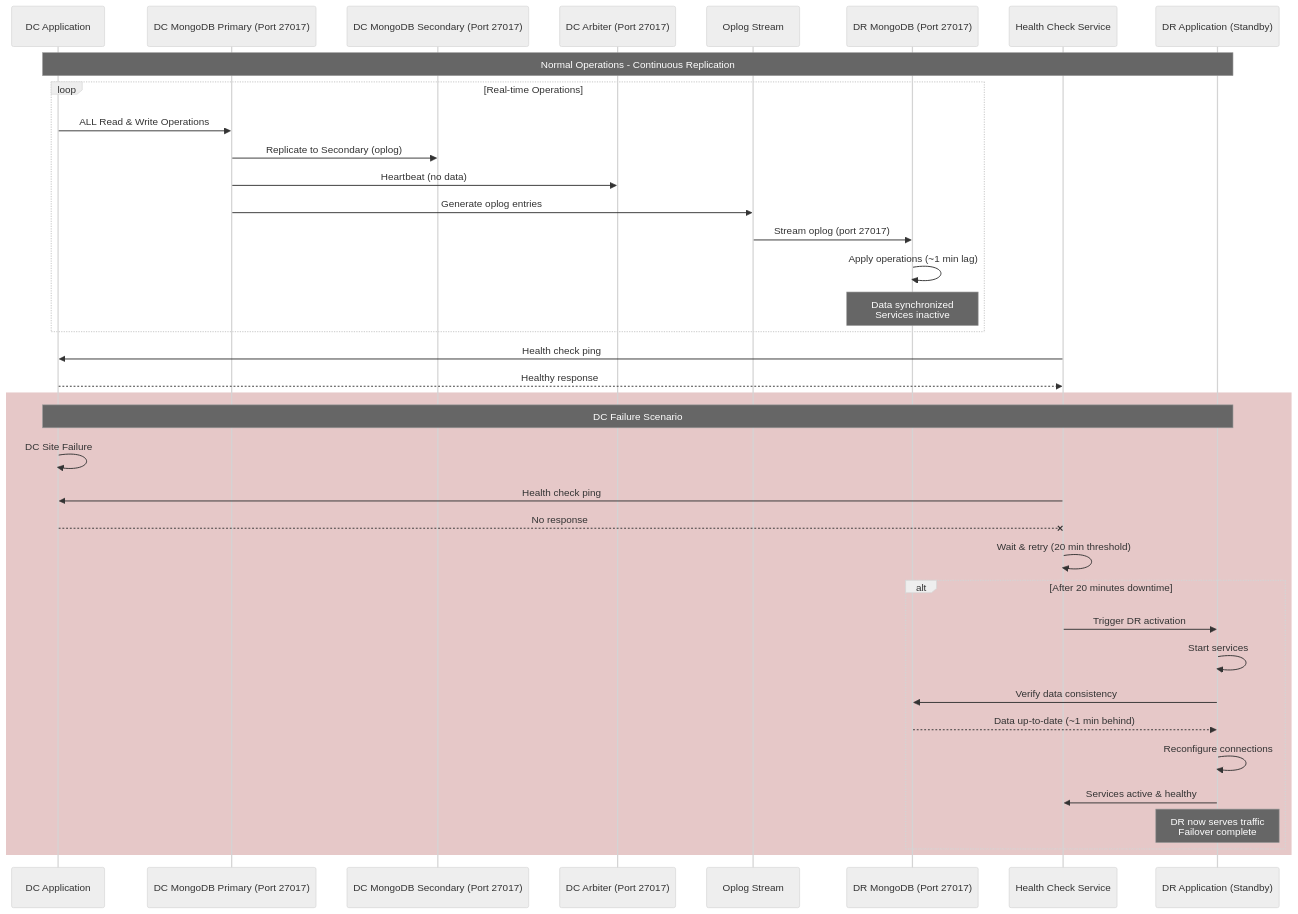
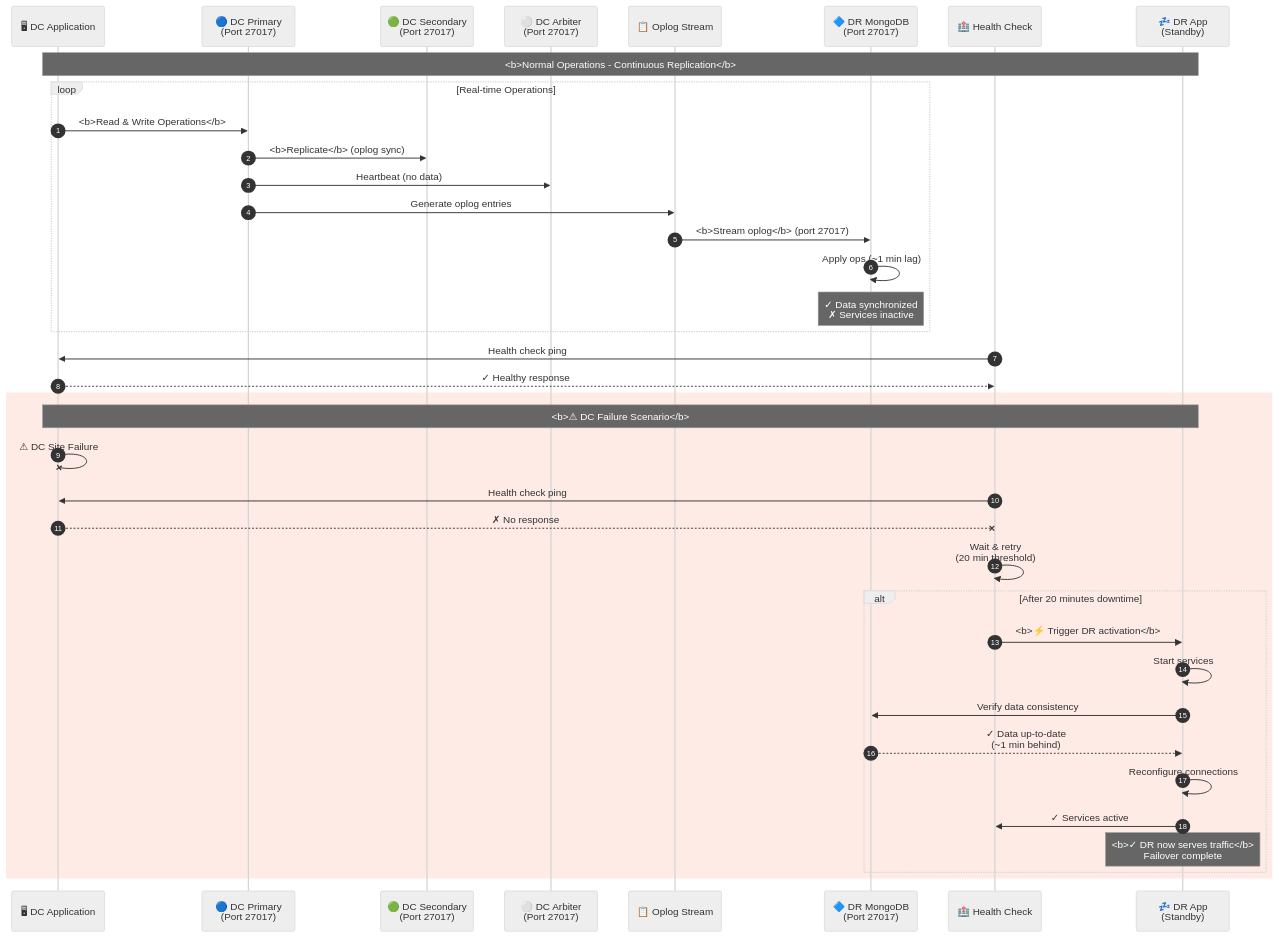
Before and after one commit to Vishwa0220/customers-docs: the fourth of 11 diagrams in HA_DR_Architecture_Documentation_dt.md, drawn with Mermaid (neutral theme). The commit also changed other lines of this file, not shown here.

````diff
--- a/HA_DR_Architecture_Documentation_dt.md
+++ b/HA_DR_Architecture_Documentation_dt.md
@@ -232,45 +237,46 @@
 ```mermaid
 sequenceDiagram
-    participant DC_APP as DC Application
-    participant DC_PRIMARY as DC MongoDB Primary (Port 27017)
-    participant DC_SEC as DC MongoDB Secondary (Port 27017)
-    participant DC_ARB as DC Arbiter (Port 27017)
-    participant OPLOG as Oplog Stream
-    participant DR_MONGO as DR MongoDB (Port 27017)
-    participant HEALTH as Health Check Service
-    participant DR_APP as DR Application (Standby)
+    autonumber
+    participant APP as 🖥 DC Application
+    participant PRI as 🔵 DC Primary<br/>(Port 27017)
+    participant SEC as 🟢 DC Secondary<br/>(Port 27017)
+    participant ARB as ⚪ DC Arbiter<br/>(Port 27017)
+    participant OPLOG as 📋 Oplog Stream
+    participant DR as 🔷 DR MongoDB<br/>(Port 27017)
+    participant HEALTH as 🏥 Health Check
+    participant DRAPP as 💤 DR App<br/>(Standby)
     
-    Note over DC_APP,DR_APP: Normal Operations - Continuous Replication
+    Note over APP,DRAPP: <b>Normal Operations - Continuous Replication</b>
     
     loop Real-time Operations
-        DC_APP->>DC_PRIMARY: ALL Read & Write Operations
-        DC_PRIMARY->>DC_SEC: Replicate to Secondary (oplog)
-        DC_PRIMARY->>DC_ARB: Heartbeat (no data)
-        DC_PRIMARY->>OPLOG: Generate oplog entries
-        OPLOG->>DR_MONGO: Stream oplog (port 27017)
-        DR_MONGO->>DR_MONGO: Apply operations (~1 min lag)
-        Note over DR_MONGO: Data synchronized<br/>Services inactive
+        APP->>PRI: <b>Read & Write Operations</b>
+        PRI->>SEC: <b>Replicate</b> (oplog sync)
+        PRI->>ARB: Heartbeat (no data)
+        PRI->>OPLOG: Generate oplog entries
+        OPLOG->>DR: <b>Stream oplog</b> (port 27017)
+        DR->>DR: Apply ops (~1 min lag)
+        Note over DR: ✓ Data synchronized<br/>✗ Services inactive
     end
     
-    HEALTH->>DC_APP: Health check ping
-    DC_APP-->>HEALTH: Healthy response
+    HEALTH->>APP: Health check ping
+    APP-->>HEALTH: ✓ Healthy response
     
-    rect rgb(230, 200, 200)
-        Note over DC_APP,DR_APP: DC Failure Scenario
-        DC_APP->>DC_APP: DC Site Failure
+    rect rgb(255, 235, 230)
+        Note over APP,DRAPP: <b>⚠ DC Failure Scenario</b>
+        APP-xAPP: ⚠ DC Site Failure
         
-        HEALTH->>DC_APP: Health check ping
-        DC_APP--xHEALTH: No response
-        HEALTH->>HEALTH: Wait & retry (20 min threshold)
+        HEALTH->>APP: Health check ping
+        APP--xHEALTH: ✗ No response
+        HEALTH->>HEALTH: Wait & retry<br/>(20 min threshold)
         
         alt After 20 minutes downtime
-            HEALTH->>DR_APP: Trigger DR activation
-            DR_APP->>DR_APP: Start services
-            DR_APP->>DR_MONGO: Verify data consistency
-            DR_MONGO-->>DR_APP: Data up-to-date (~1 min behind)
-            DR_APP->>DR_APP: Reconfigure connections
-            DR_APP->>HEALTH: Services active & healthy
-            Note over DR_APP: DR now serves traffic<br/>Failover complete
+            HEALTH->>DRAPP: <b>⚡ Trigger DR activation</b>
+            DRAPP->>DRAPP: Start services
+            DRAPP->>DR: Verify data consistency
+            DR-->>DRAPP: ✓ Data up-to-date<br/>(~1 min behind)
+            DRAPP->>DRAPP: Reconfigure connections
+            DRAPP->>HEALTH: ✓ Services active
+            Note over DRAPP: <b>✓ DR now serves traffic</b><br/>Failover complete
         end
     end
 ```
````
